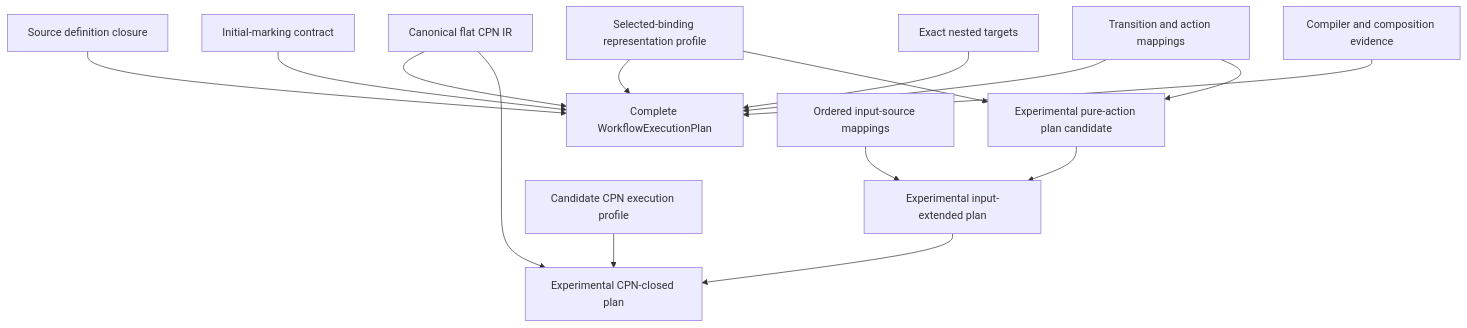
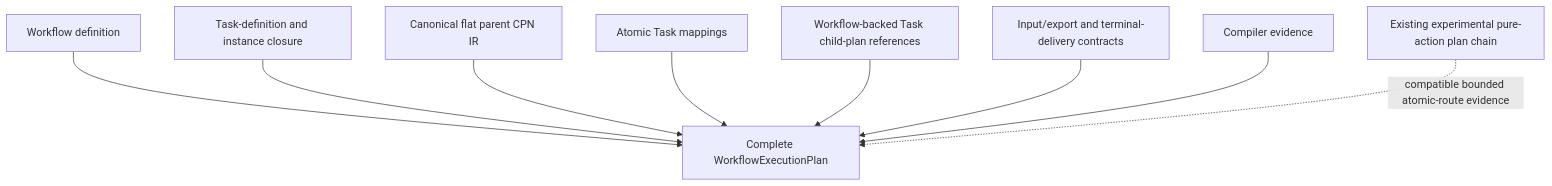
Before and after one commit to eragasa/projectkoios-workflow: the diagram in docs/architecture/projectkoios/workflow/compilation/planning/WorkflowExecutionPlan/schematic.md, drawn with Mermaid. The commit also changed other lines of this file and 59 other files, not shown here.

First line of the commit message:
docs: define task workflow architecture iteration 2

````diff
--- a/docs/architecture/projectkoios/workflow/compilation/planning/WorkflowExecutionPlan/schematic.md
+++ b/docs/architecture/projectkoios/workflow/compilation/planning/WorkflowExecutionPlan/schematic.md
@@ -5,27 +5,21 @@
 ```mermaid
 flowchart TD
-    D[Source definition closure]
-    C[Canonical flat CPN IR]
-    I[Initial-marking contract]
-    P[Selected-binding representation profile]
-    A[Transition and action mappings]
-    N[Exact nested targets]
-    E[Compiler and composition evidence]
-    W[Complete WorkflowExecutionPlan]
+    W[Workflow definition]
+    T[Task-definition and instance closure]
+    C[Canonical flat parent CPN IR]
+    A[Atomic Task mappings]
+    N[Workflow-backed Task child-plan references]
+    X[Input/export and terminal-delivery contracts]
+    E[Compiler evidence]
+    P[Complete WorkflowExecutionPlan]
+    PA[Existing experimental pure-action plan chain]
 
-    D --> W
-    C --> W
-    I --> W
-    P --> W
-    A --> W
-    N --> W
-    E --> W
-
-    P --> X[Experimental pure-action plan candidate]
-    A --> X
-    X --> Y[Experimental input-extended plan]
-    S[Ordered input-source mappings] --> Y
-    Y --> Z[Experimental CPN-closed plan]
-    C --> Z
-    R[Candidate CPN execution profile] --> Z
+    W --> P
+    T --> P
+    C --> P
+    A --> P
+    N --> P
+    X --> P
+    E --> P
+    PA -. compatible bounded atomic-route evidence .-> P
 ```
````
